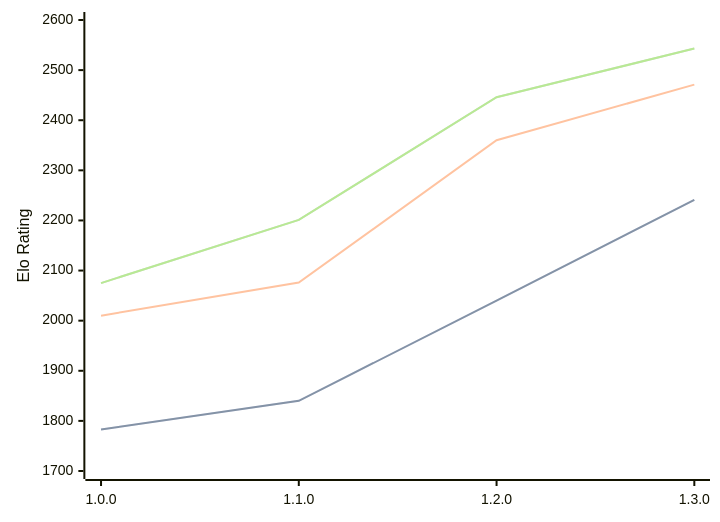
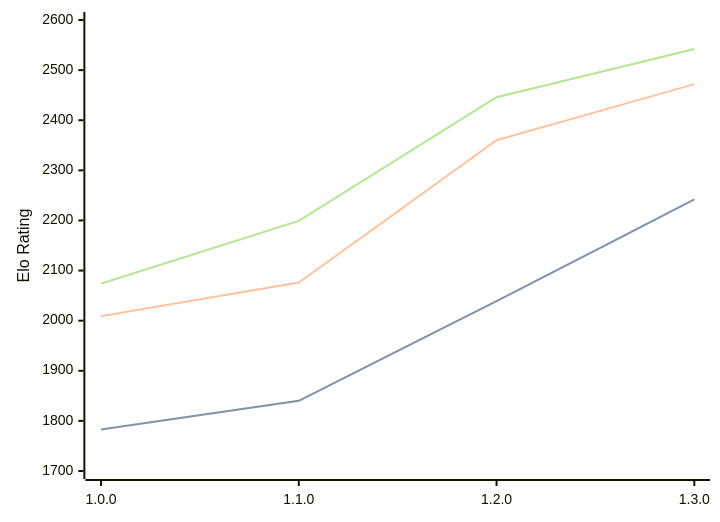
One commit to computer-chess-index/cci changed the diagram in engines/Anodos.md. Above: the diagram before and after it, drawn with Mermaid. The commit also changed other lines of this file, not shown here.

Commit message:
Update CCI Ratings (ELO VLTC) - 2026-03-03

````diff
--- a/engines/Anodos.md
+++ b/engines/Anodos.md
@@ -43,11 +43,11 @@
 ```mermaid
 %%{init: {"theme":"base","themeVariables":{"seriesColors:['#a3a3a3','#222221','#faa371']}}}%%
 xychart-beta
   x-axis ["1.0.0", "1.1.0", "1.2.0", "1.3.0"]
   y-axis "Elo Rating" 1700 --> 2600
-  line "STC (8.0+0.08s)" [1783, 1840, 2040, 2241]
-  line "STC (8.0+0.08s)" [1783, 1840, 2040, 2241]
-  line "LTC (60.0+0.60s)" [2010, 2076, 2360, 2471]
-  line "VLTC (2m24s+1.12s)" [2075, 2201, 2446, 2543]
-  line "VLTC (2m24s+1.12s)" [2075, 2201, 2446, 2543]
+  line "STC (8.0+0.08s)" [1783, 1840, 2039, 2242]
+  line "STC (8.0+0.08s)" [1783, 1840, 2039, 2242]
+  line "LTC (60.0+0.60s)" [2009, 2076, 2360, 2472]
+  line "VLTC (2m24s+1.12s)" [2074, 2199, 2446, 2542]
+  line "VLTC (2m24s+1.12s)" [2074, 2199, 2446, 2542]
 ```
````
